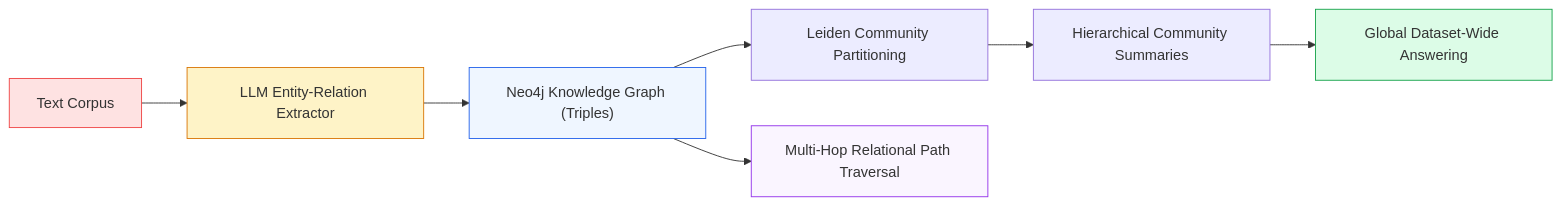
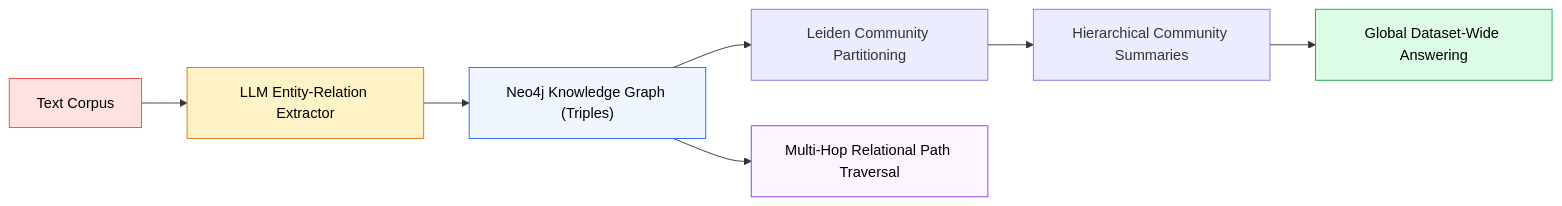
The third of 3 diagrams in 10-Hands-On-Projects/09-GraphRAG-Application/README.md (swapnil3104/RAG-Engineering), drawn with Mermaid before and after one commit. The commit also changed other lines of this file and 108 other files, not shown here.

Commit message:
fix: make chart text visible across all Mermaid diagrams and resolve markdown table formatting issues

````diff
--- a/10-Hands-On-Projects/09-GraphRAG-Application/README.md
+++ b/10-Hands-On-Projects/09-GraphRAG-Application/README.md
@@ -464,15 +464,15 @@
 ```mermaid
 flowchart LR
     Text["Text Corpus"] --> Extractor["LLM Entity-Relation Extractor"]
     Extractor --> Neo4j["Neo4j Knowledge Graph (Triples)"]
     Neo4j --> Leiden["Leiden Community Partitioning"]
     Leiden --> Reports["Hierarchical Community Summaries"]
     Reports --> GlobalQA["Global Dataset-Wide Answering"]
     Neo4j --> CypherPaths["Multi-Hop Relational Path Traversal"]
 
-    style Text fill:#fee2e2,stroke:#ef4444
-    style Extractor fill:#fef3c7,stroke:#d97706
-    style Neo4j fill:#eff6ff,stroke:#2563eb
-    style GlobalQA fill:#dcfce7,stroke:#16a34a
-    style CypherPaths fill:#faf5ff,stroke:#9333ea
+    style Text fill:#fee2e2,stroke:#ef4444,color:#000000
+    style Extractor fill:#fef3c7,stroke:#d97706,color:#000000
+    style Neo4j fill:#eff6ff,stroke:#2563eb,color:#000000
+    style GlobalQA fill:#dcfce7,stroke:#16a34a,color:#000000
+    style CypherPaths fill:#faf5ff,stroke:#9333ea,color:#000000
 ```
````
